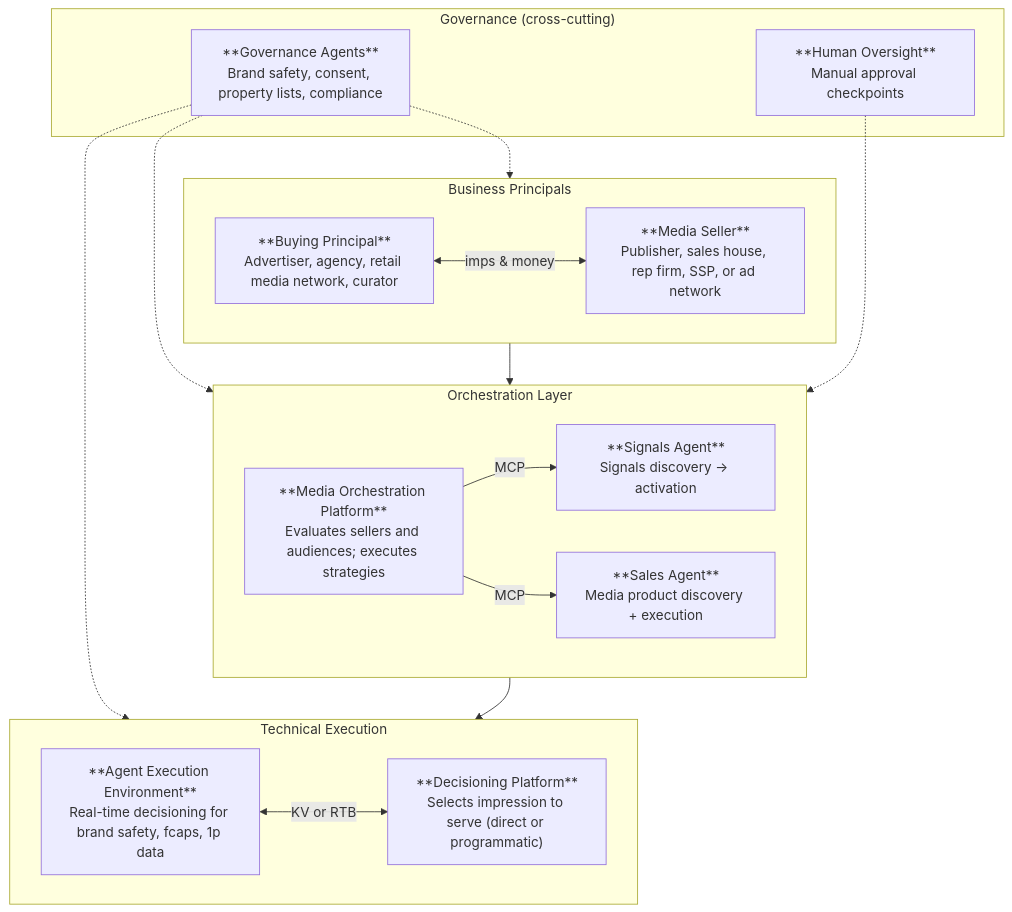
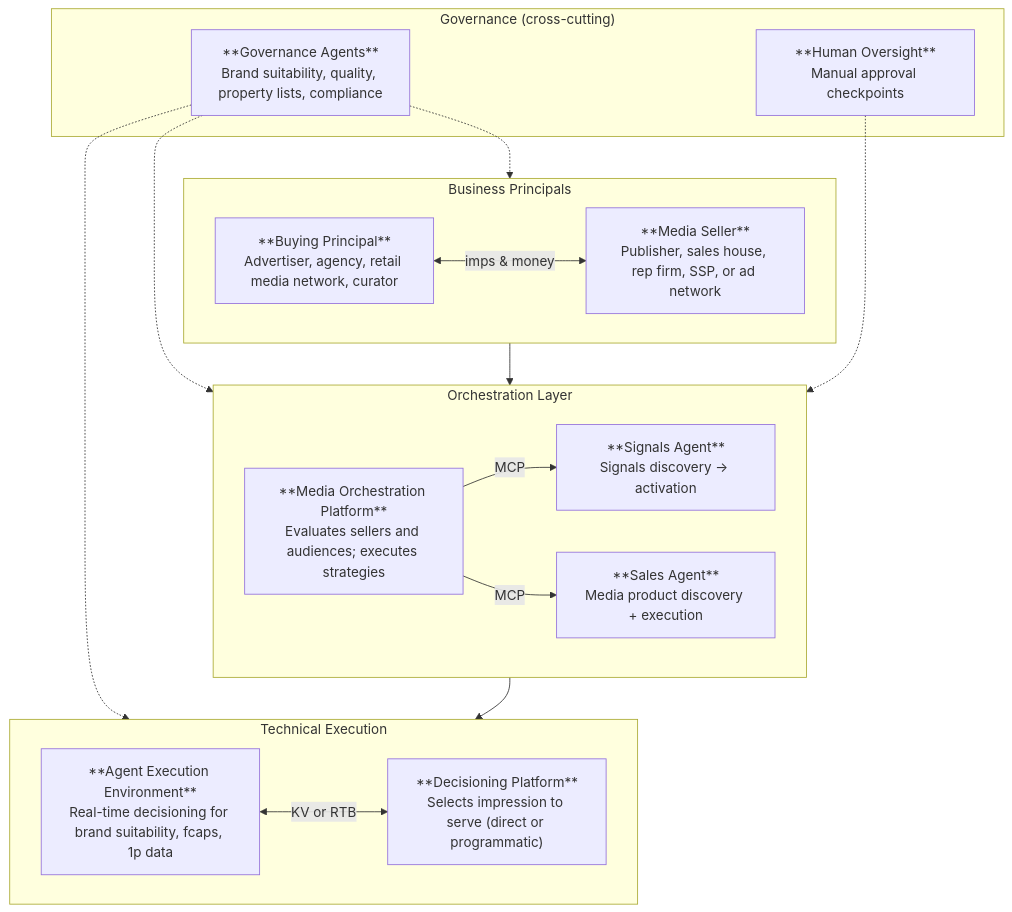
The first of 2 diagrams in docs/intro.mdx (adcontextprotocol/adcp), drawn with Mermaid before and after one commit. The commit also changed other lines of this file and 21 other files, not shown here.

````diff
--- a/docs/intro.mdx
+++ b/docs/intro.mdx
@@ -43,34 +43,34 @@
 ```mermaid
 flowchart TB
     subgraph Business["Business Principals"]
         BP["**Buying Principal**<br/>Advertiser, agency, retail media network, curator"]
         MS["**Media Seller**<br/>Publisher, sales house, rep firm, SSP, or ad network"]
         BP <-->|"imps & money"| MS
     end
 
     subgraph Orchestration["Orchestration Layer"]
         MOP["**Media Orchestration Platform**<br/>Evaluates sellers and audiences; executes strategies"]
         SA["**Signals Agent**<br/>Signals discovery → activation"]
         SalesA["**Sales Agent**<br/>Media product discovery + execution"]
         MOP -->|"MCP"| SA
         MOP -->|"MCP"| SalesA
     end
 
     subgraph Technical["Technical Execution"]
-        AXE["**Agent Execution Environment**<br/>Real-time decisioning for brand safety, fcaps, 1p data"]
+        AXE["**Agent Execution Environment**<br/>Real-time decisioning for brand suitability, fcaps, 1p data"]
         DP["**Decisioning Platform**<br/>Selects impression to serve (direct or programmatic)"]
         AXE <-->|"KV or RTB"| DP
     end
 
     subgraph Governance["Governance (cross-cutting)"]
-        GOV["**Governance Agents**<br/>Brand safety, consent, property lists, compliance"]
+        GOV["**Governance Agents**<br/>Brand suitability, quality, property lists, compliance"]
         HITL["**Human Oversight**<br/>Manual approval checkpoints"]
     end
 
     Business --> Orchestration
     Orchestration --> Technical
     GOV -.-> Business
     GOV -.-> Orchestration
     GOV -.-> Technical
     HITL -.-> Orchestration
 ```
````
